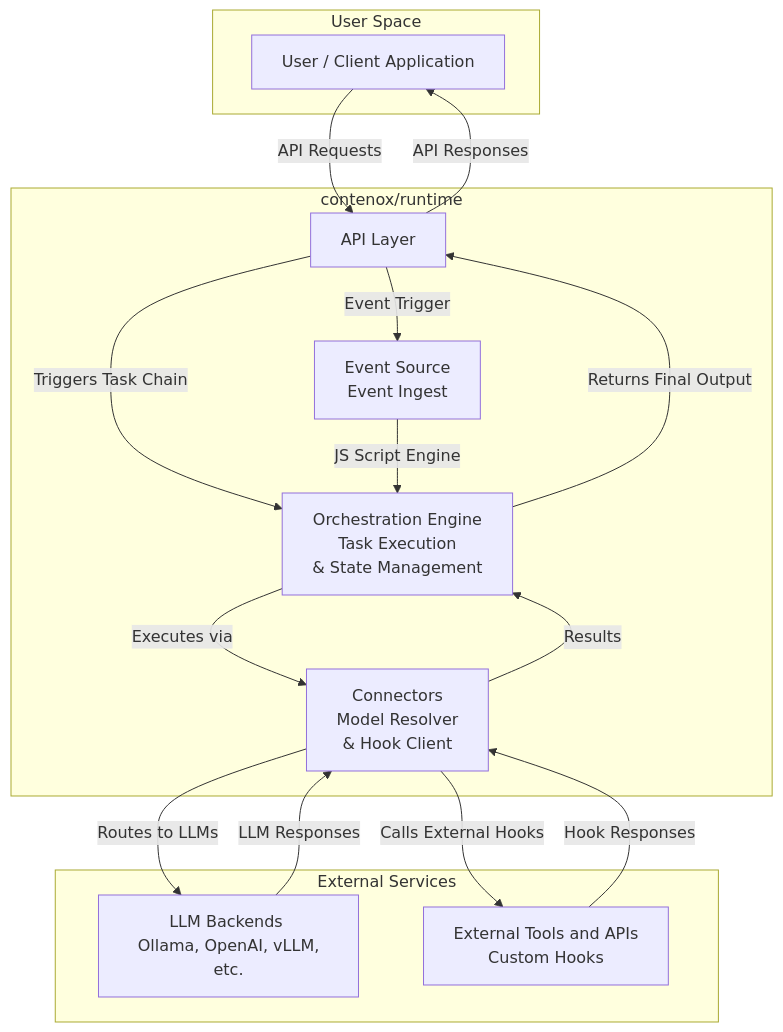
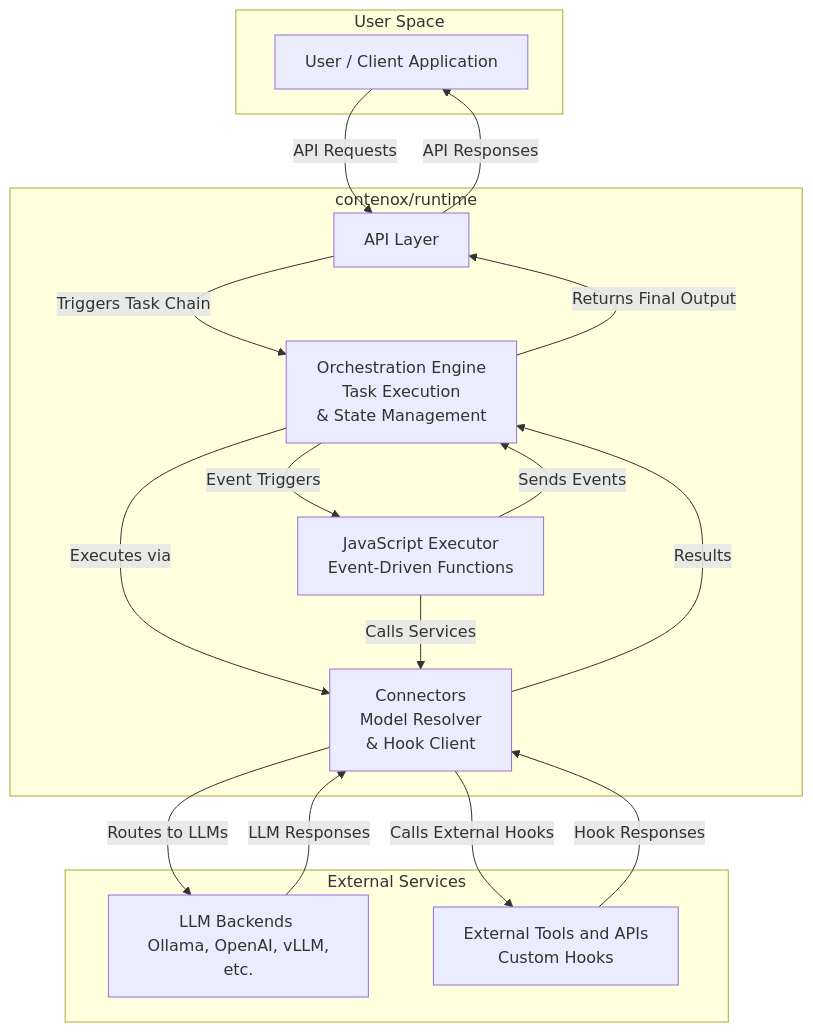
One commit to contenox/runtime changed the diagram in README.md. Above: the diagram before and after it, drawn with Mermaid. The commit also changed other lines of this file, not shown here.

Commit message:
Add info about event triggers

````diff
--- a/README.md
+++ b/README.md
@@ -159,33 +189,36 @@
 ```mermaid
 graph TD
     subgraph "User Space"
         U[User / Client Application]
     end
 
     subgraph "contenox/runtime"
         API[API Layer]
         OE["Orchestration Engine <br/> Task Execution <br/> & State Management"]
         CONN["Connectors <br/> Model Resolver <br/> & Hook Client"]
-        EV["Event Source <br/> Event Ingest"]
+        JS["JavaScript Executor <br/> Event-Driven Functions"]
     end
 
     subgraph "External Services"
         LLM[LLM Backends <br/> Ollama, OpenAI, vLLM, etc.]
         HOOK[External Tools and APIs <br/> Custom Hooks]
     end
 
     %% --- Data Flow ---
     U -- API Requests --> API
     API -- Triggers Task Chain --> OE
-    API -- Event Trigger --> EV
-    EV -- JS Script Engine --> OE
     OE -- Executes via --> CONN
     CONN -- Routes to LLMs --> LLM
     CONN -- Calls External Hooks --> HOOK
 
     LLM -- LLM Responses --> CONN
     HOOK -- Hook Responses --> CONN
     CONN -- Results --> OE
     OE -- Returns Final Output --> API
     API -- API Responses --> U
+
+    %% JavaScript Execution Flow
+    OE -- Event Triggers --> JS
+    JS -- Sends Events --> OE
+    JS -- Calls Services --> CONN
 ```
````
